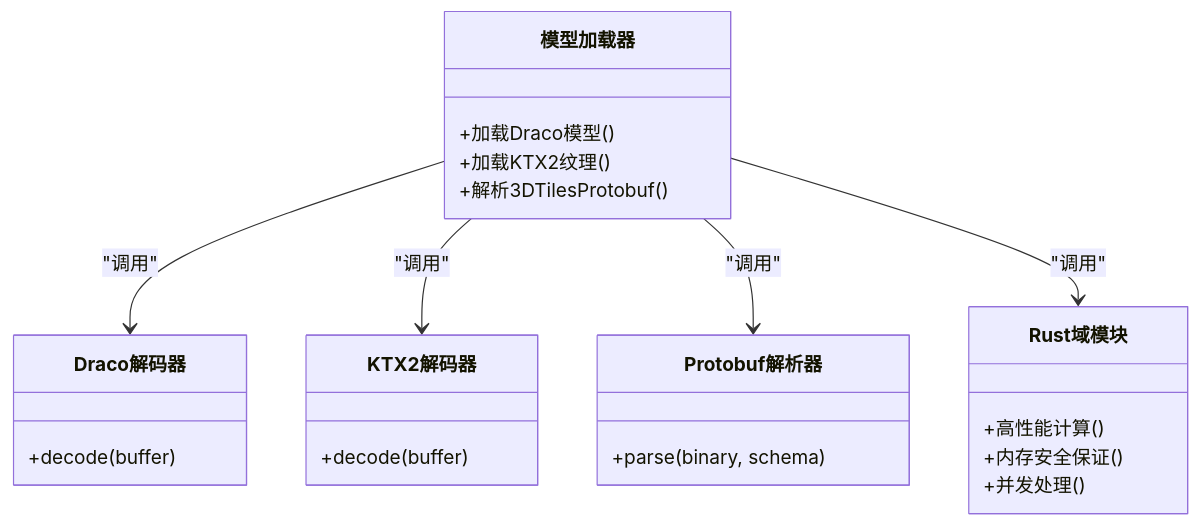
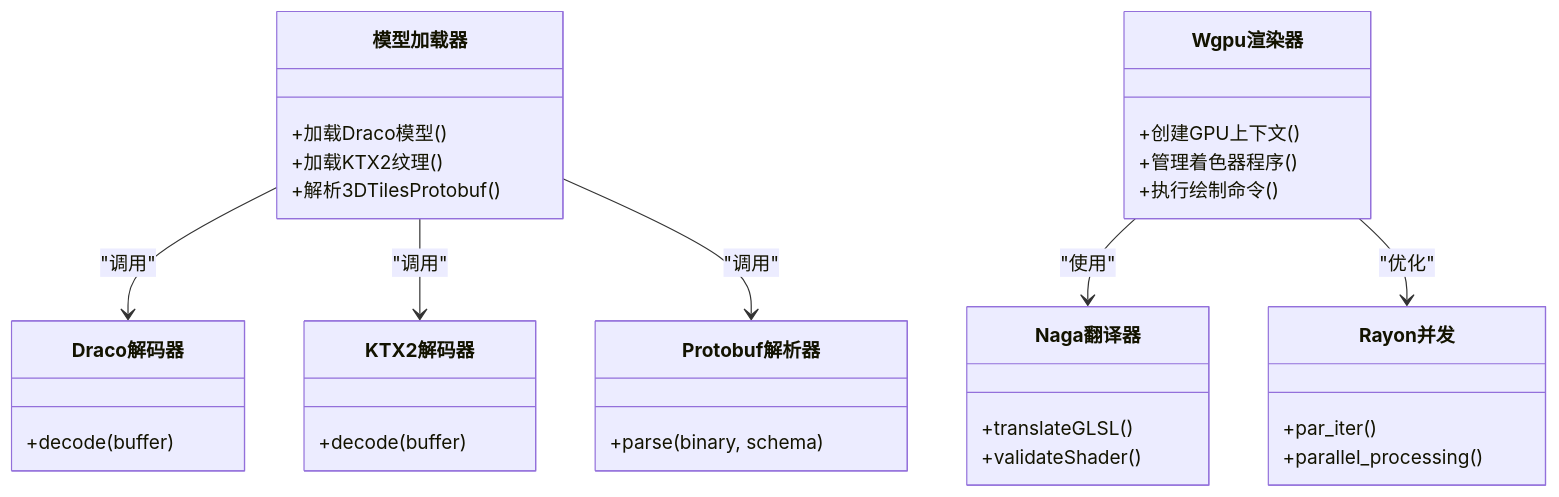
The eighth of 10 diagrams in .qoder/repowiki/zh/content/项目概述/技术栈.md (rzhangjing/cesium), drawn with Mermaid before and after one commit. The commit also changed other lines of this file and 1321 other files, not shown here.

````diff
--- a/.qoder/repowiki/zh/content/项目概述/技术栈.md
+++ b/.qoder/repowiki/zh/content/项目概述/技术栈.md
@@ -484,26 +506,35 @@
 ```mermaid
 classDiagram
 class 模型加载器 {
 +加载Draco模型()
 +加载KTX2纹理()
 +解析3DTilesProtobuf()
 }
 class Draco解码器 {
 +decode(buffer)
 }
 class KTX2解码器 {
 +decode(buffer)
 }
 class Protobuf解析器 {
 +parse(binary, schema)
 }
-class Rust域模块 {
-+高性能计算()
-+内存安全保证()
-+并发处理()
+class Wgpu渲染器 {
++创建GPU上下文()
++管理着色器程序()
++执行绘制命令()
+}
+class Naga翻译器 {
++translateGLSL()
++validateShader()
+}
+class Rayon并发 {
++par_iter()
++parallel_processing()
 }
 模型加载器 --> Draco解码器 : "调用"
 模型加载器 --> KTX2解码器 : "调用"
 模型加载器 --> Protobuf解析器 : "调用"
-模型加载器 --> Rust域模块 : "调用"
+Wgpu渲染器 --> Naga翻译器 : "使用"
+Wgpu渲染器 --> Rayon并发 : "优化"
 ```
````
